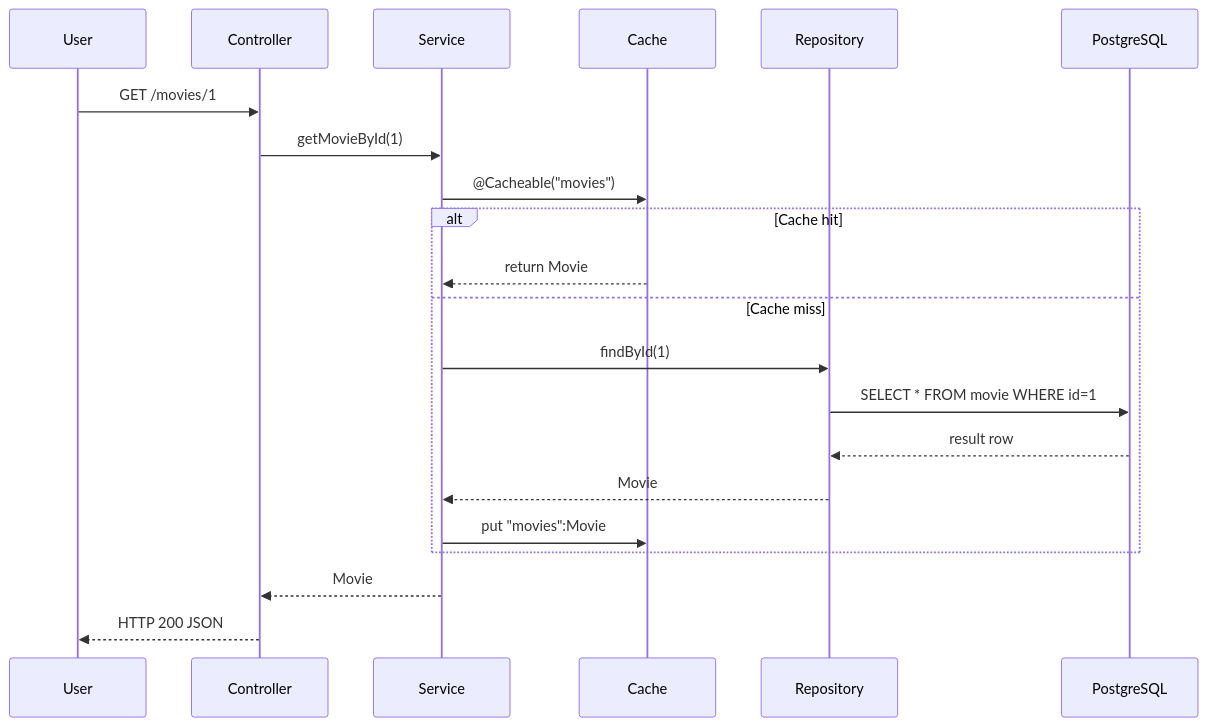
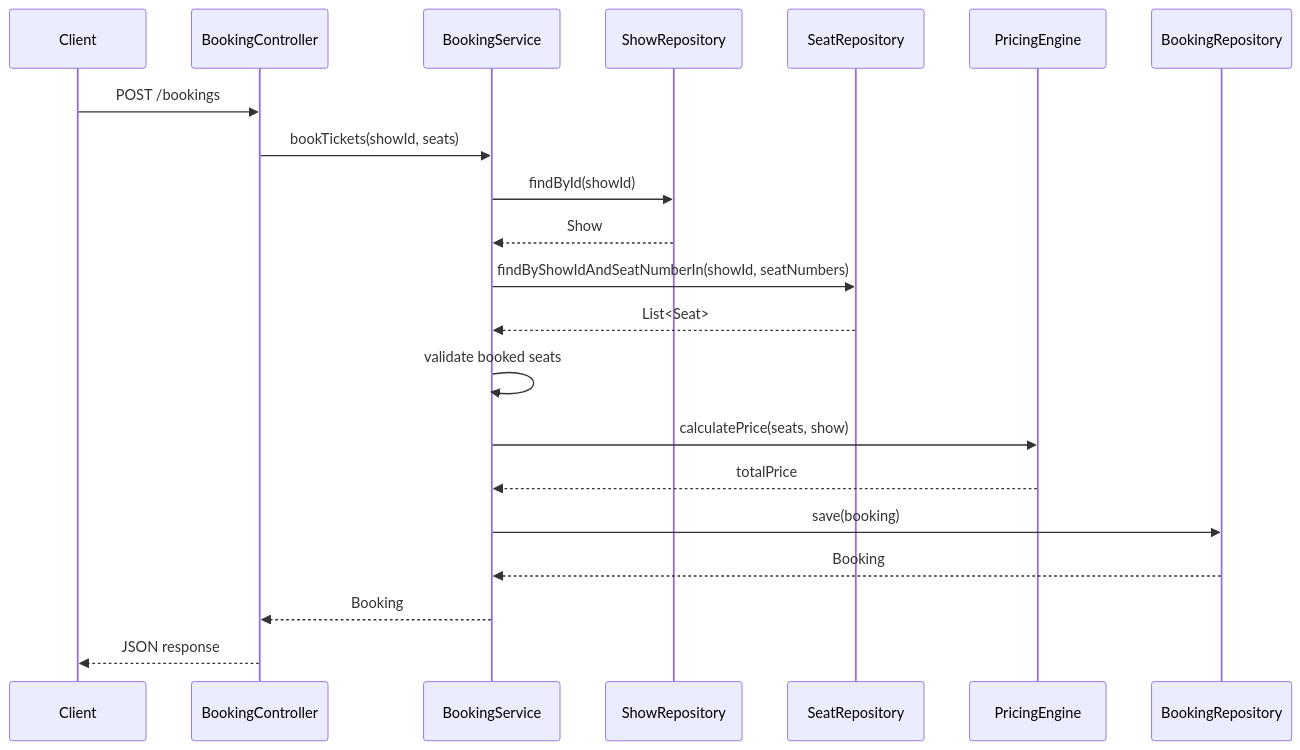
One commit to wargod797/bookingPlatform changed the third of 3 diagrams in design.md. Above: the diagram before and after it, drawn with Mermaid. The commit also changed other lines of this file and 1 other file, not shown here.

````diff
--- a/design.md
+++ b/design.md
@@ -170,24 +234,24 @@
 ```mermaid
 sequenceDiagram
-    participant U as User
-    participant C as Controller
-    participant S as Service
-    participant Ca as Cache
-    participant R as Repository
-    participant DB as PostgreSQL
+    participant Client
+    participant BookingController
+    participant BookingService
+    participant ShowRepository
+    participant SeatRepository
+    participant PricingEngine
+    participant BookingRepository
 
-    U->>C: GET /movies/1
-    C->>S: getMovieById(1)
-    S->>Ca: @Cacheable("movies")
-    alt Cache hit
-        Ca-->>S: return Movie
-    else Cache miss
-        S->>R: findById(1)
-        R->>DB: SELECT * FROM movie WHERE id=1
-        DB-->>R: result row
-        R-->>S: Movie
-        S->>Ca: put "movies":Movie
-    end
-    S-->>C: Movie
-    C-->>U: HTTP 200 JSON
+    Client->>BookingController: POST /bookings
+    BookingController->>BookingService: bookTickets(showId, seats)
+    BookingService->>ShowRepository: findById(showId)
+    ShowRepository-->>BookingService: Show
+    BookingService->>SeatRepository: findByShowIdAndSeatNumberIn(showId, seatNumbers)
+    SeatRepository-->>BookingService: List<Seat>
+    BookingService->>BookingService: validate booked seats
+    BookingService->>PricingEngine: calculatePrice(seats, show)
+    PricingEngine-->>BookingService: totalPrice
+    BookingService->>BookingRepository: save(booking)
+    BookingRepository-->>BookingService: Booking
+    BookingService-->>BookingController: Booking
+    BookingController-->>Client: JSON response
 ```
````
